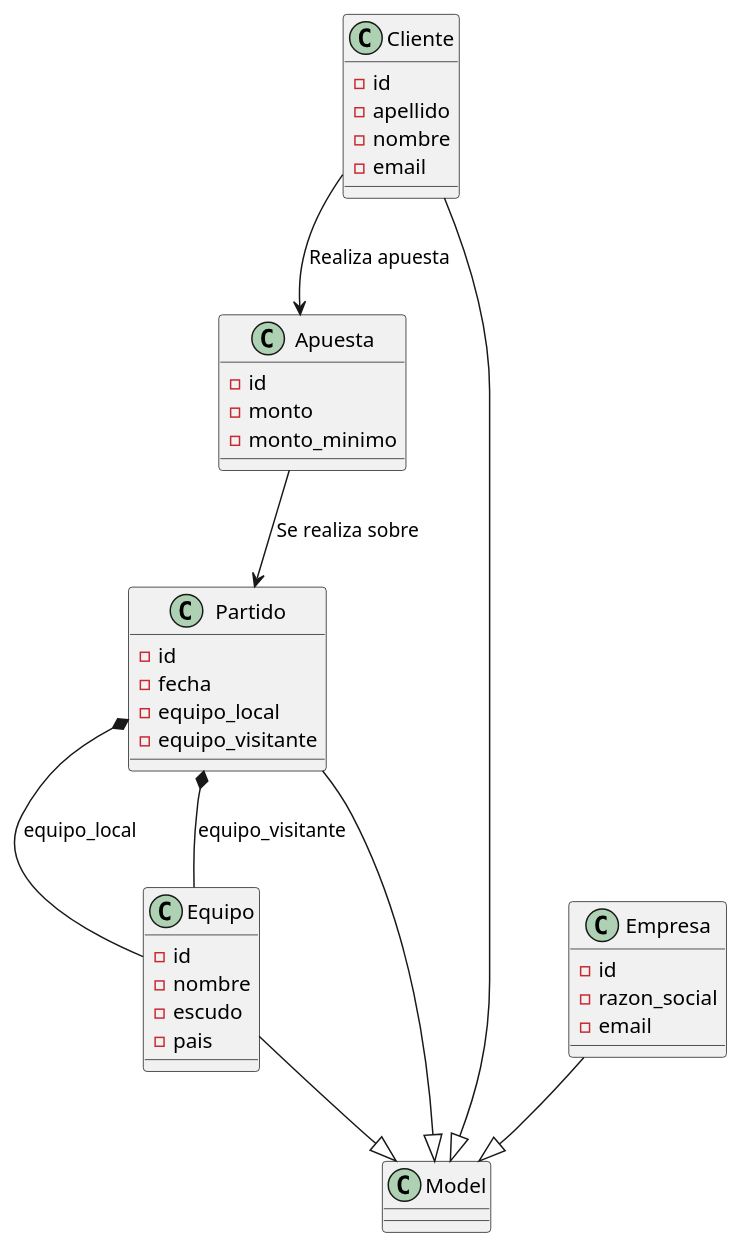
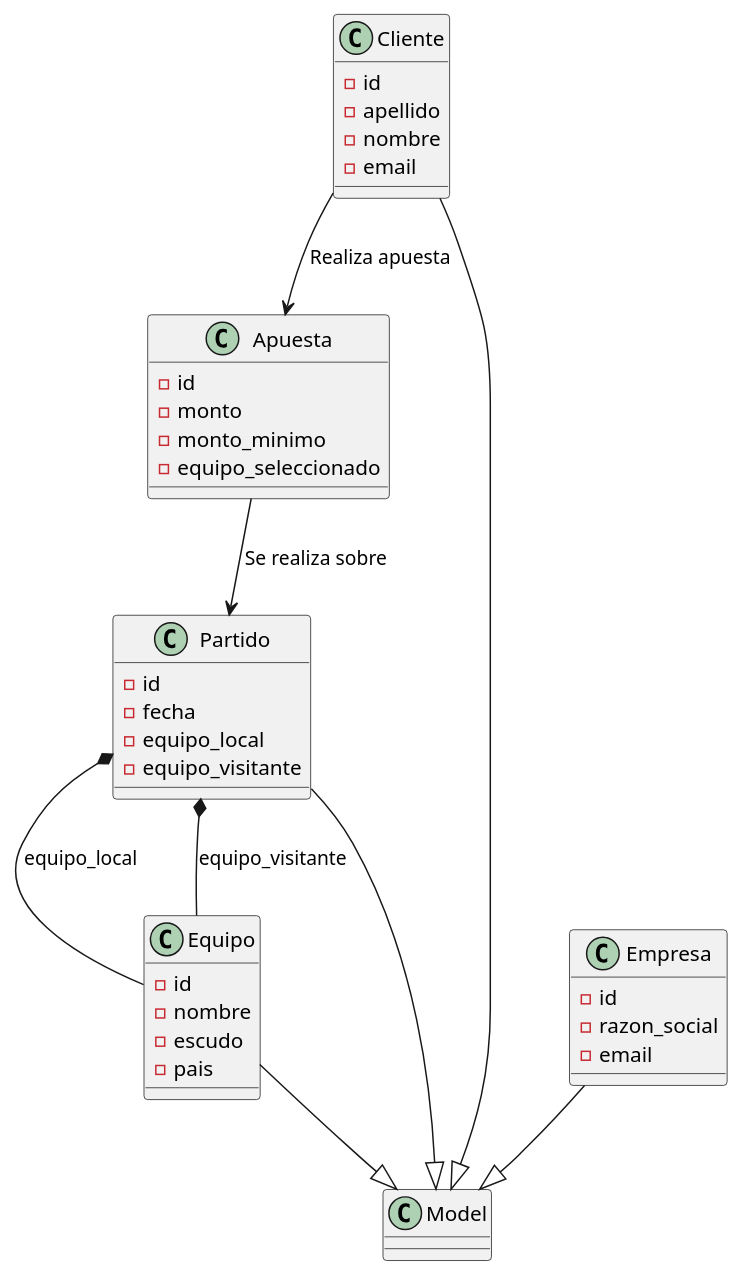
The diagram in docs/Diagrama de clases.puml (DaniBeato/Bookmaker_DS), drawn with PlantUML before and after one commit. The commit also changed 3 other files, not shown here.

Commit message:
diagramas_de_secuencia

```diff
--- a/docs/Diagrama de clases.puml
+++ b/docs/Diagrama de clases.puml
@@ -1,47 +1,48 @@
 @startuml:
 class Cliente {
     - id
     - apellido
     - nombre
     - email
 }
 
 class Empresa {
     - id
     - razon_social
     - email
 }
 
 class Equipo {
     - id
     - nombre
     - escudo
     - pais
 }
 
 
 class Apuesta {
     - id
     - monto
     - monto_minimo
+    - equipo_seleccionado
 }
 
 class Partido {
     - id
     - fecha
     - equipo_local
     - equipo_visitante
 
 }
 
 Partido *-- Equipo: equipo_local
 Partido *-- Equipo: equipo_visitante
 Cliente --> Apuesta: Realiza apuesta
 Cliente --|> Model
 Empresa --|> Model
 Equipo --|> Model
 Partido --|> Model
 Apuesta --> Partido: Se realiza sobre
 
 
 @enduml
```
